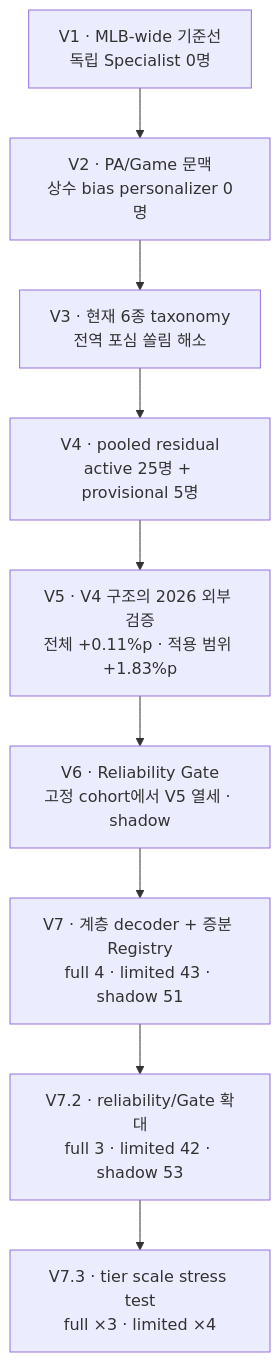
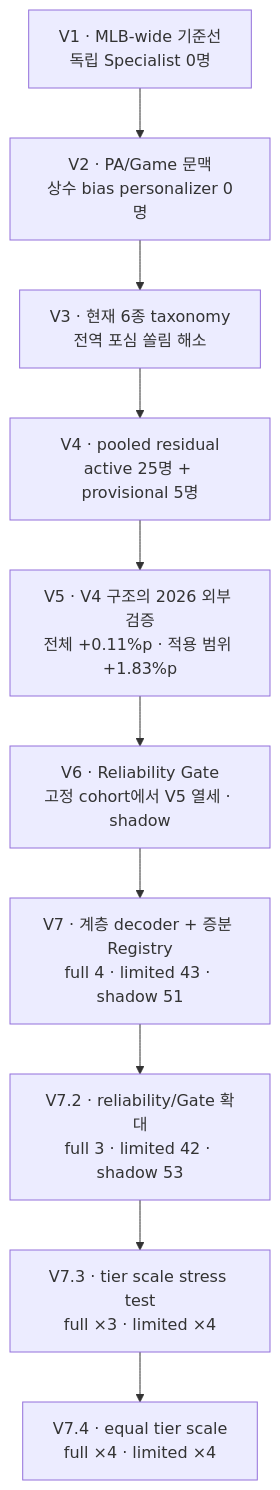
One commit to madcamp-official/OyarZabal changed the first of 2 diagrams in reports/README.md. Above: the diagram before and after it, drawn with Mermaid. The commit also changed other lines of this file and 2 other files, not shown here.

Commit message:
V7.4 동일 tier 배율을 평가

````diff
--- a/reports/README.md
+++ b/reports/README.md
@@ -26,13 +28,14 @@
 ```mermaid
 flowchart TD
     V1["V1 · MLB-wide 기준선<br/>독립 Specialist 0명"]
     V2["V2 · PA/Game 문맥<br/>상수 bias personalizer 0명"]
     V3["V3 · 현재 6종 taxonomy<br/>전역 포심 쏠림 해소"]
     V4["V4 · pooled residual<br/>active 25명 + provisional 5명"]
     V5["V5 · V4 구조의 2026 외부 검증<br/>전체 +0.11%p · 적용 범위 +1.83%p"]
     V6["V6 · Reliability Gate<br/>고정 cohort에서 V5 열세 · shadow"]
     V7["V7 · 계층 decoder + 증분 Registry<br/>full 4 · limited 43 · shadow 51"]
     V72["V7.2 · reliability/Gate 확대<br/>full 3 · limited 42 · shadow 53"]
     V73["V7.3 · tier scale stress test<br/>full ×3 · limited ×4"]
-    V1 --> V2 --> V3 --> V4 --> V5 --> V6 --> V7 --> V72 --> V73
+    V74["V7.4 · equal tier scale<br/>full ×4 · limited ×4"]
+    V1 --> V2 --> V3 --> V4 --> V5 --> V6 --> V7 --> V72 --> V73 --> V74
 ```
````
